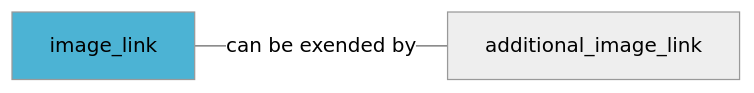
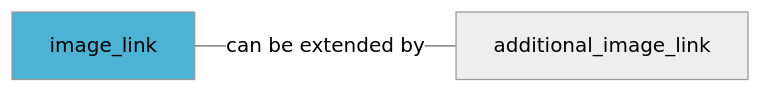
The diagram in docs/fields/image_link.md (Prisjakt/feed-specification), drawn with Mermaid before and after one commit. The commit also changed other lines of this file and 13 other files, not shown here.

````diff
--- a/docs/fields/image_link.md
+++ b/docs/fields/image_link.md
@@ -34,10 +34,10 @@
 ```mermaid
 %%{init: {'theme':'neutral'}}%%
 flowchart LR
-image_link -- can be exended by  --- additional_image_link
+image_link -- can be extended by  --- additional_image_link
   click additional_image_link "/fields/additional_image_link" "additional_image_link" _blank
    
   
   click image_link "/fields/image_link" "image_link" _blank
   style image_link fill:#4cb3d4
 ```
````
